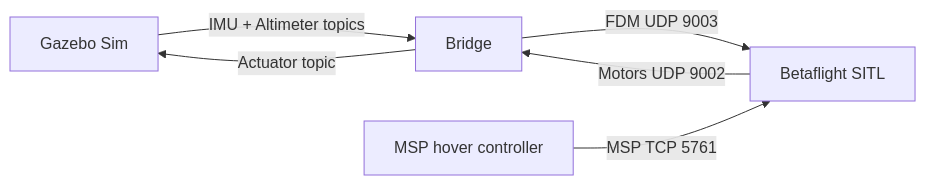
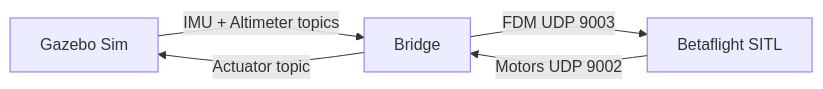
The first of 3 diagrams in docs/project_summary_presentation.md (robobe/gz_betaflight_bridge), drawn with Mermaid before and after one commit. The commit also changed other lines of this file and 72 other files, not shown here.

````diff
--- a/docs/project_summary_presentation.md
+++ b/docs/project_summary_presentation.md
@@ -19,8 +19,7 @@
 ```mermaid
 flowchart LR
     GZ[Gazebo Sim] -->|IMU + Altimeter topics| BR[Bridge]
     BR -->|FDM UDP 9003| BF[Betaflight SITL]
     BF -->|Motors UDP 9002| BR
     BR -->|Actuator topic| GZ
-    HOVER[MSP hover controller] -->|MSP TCP 5761| BF
 ```
````
